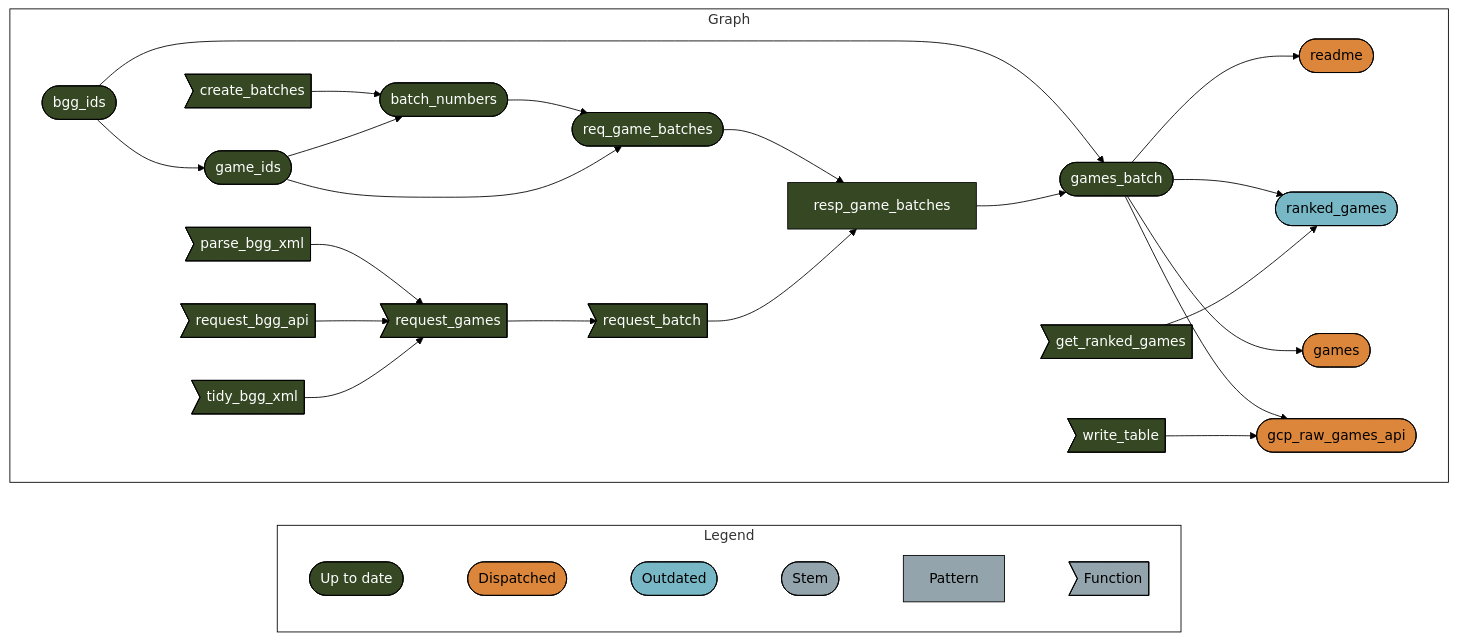
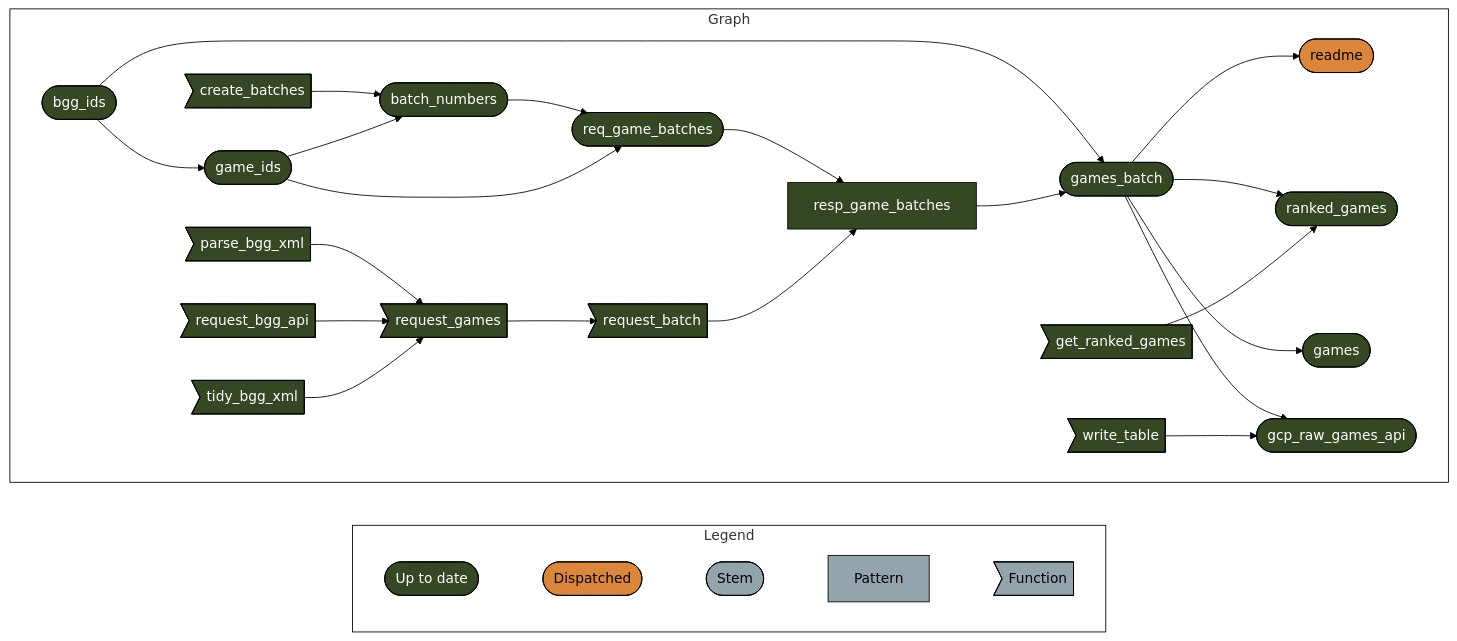
One commit to phenrickson/bgg_data changed the diagram in README.md. Above: the diagram before and after it, drawn with Mermaid (forest theme). The commit also changed other lines of this file and 1 other file, not shown here.

````diff
--- a/README.md
+++ b/README.md
@@ -21,44 +21,41 @@
 ``` mermaid
 graph LR
   style Legend fill:#FFFFFF00,stroke:#000000;
   style Graph fill:#FFFFFF00,stroke:#000000;
   subgraph Legend
     direction LR
     xf1522833a4d242c5([""Up to date""]):::uptodate --- xb6630624a7b3aa0f([""Dispatched""]):::dispatched
-    xb6630624a7b3aa0f([""Dispatched""]):::dispatched --- x2db1ec7a48f65a9b([""Outdated""]):::outdated
-    x2db1ec7a48f65a9b([""Outdated""]):::outdated --- xd03d7c7dd2ddda2b([""Stem""]):::none
+    xb6630624a7b3aa0f([""Dispatched""]):::dispatched --- xd03d7c7dd2ddda2b([""Stem""]):::none
     xd03d7c7dd2ddda2b([""Stem""]):::none --- x6f7e04ea3427f824[""Pattern""]:::none
     x6f7e04ea3427f824[""Pattern""]:::none --- xeb2d7cac8a1ce544>""Function""]:::none
   end
   subgraph Graph
     direction LR
     xf9107f40574e0688>"parse_bgg_xml"]:::uptodate --> xb7d8ed75429dd2d3>"request_games"]:::uptodate
     xfa47bc4f9b7ff9d4>"request_bgg_api"]:::uptodate --> xb7d8ed75429dd2d3>"request_games"]:::uptodate
     x7df7644c63b276a4>"tidy_bgg_xml"]:::uptodate --> xb7d8ed75429dd2d3>"request_games"]:::uptodate
     xb7d8ed75429dd2d3>"request_games"]:::uptodate --> x2fa7a9263b0c6d5b>"request_batch"]:::uptodate
     xac4cca784f3ed72c(["bgg_ids"]):::uptodate --> x9dece1c65ecb5028(["games_batch"]):::uptodate
     x52391527f3798836["resp_game_batches"]:::uptodate --> x9dece1c65ecb5028(["games_batch"]):::uptodate
     x9dece1c65ecb5028(["games_batch"]):::uptodate --> xc11069275cfeb620(["readme"]):::dispatched
     x7dbf8de746cff5f0>"create_batches"]:::uptodate --> xba75b35d0a8e6e78(["batch_numbers"]):::uptodate
     x2d4f1c2653f94fa0(["game_ids"]):::uptodate --> xba75b35d0a8e6e78(["batch_numbers"]):::uptodate
-    x9dece1c65ecb5028(["games_batch"]):::uptodate --> xbfb25272bc64f3d1(["ranked_games"]):::outdated
-    x2cf794a60330f53b>"get_ranked_games"]:::uptodate --> xbfb25272bc64f3d1(["ranked_games"]):::outdated
+    x9dece1c65ecb5028(["games_batch"]):::uptodate --> xbfb25272bc64f3d1(["ranked_games"]):::uptodate
+    x2cf794a60330f53b>"get_ranked_games"]:::uptodate --> xbfb25272bc64f3d1(["ranked_games"]):::uptodate
     xba75b35d0a8e6e78(["batch_numbers"]):::uptodate --> x3b8eb25aed2fb160(["req_game_batches"]):::uptodate
     x2d4f1c2653f94fa0(["game_ids"]):::uptodate --> x3b8eb25aed2fb160(["req_game_batches"]):::uptodate
-    x9dece1c65ecb5028(["games_batch"]):::uptodate --> x574e5c623f867900(["games"]):::dispatched
+    x9dece1c65ecb5028(["games_batch"]):::uptodate --> x574e5c623f867900(["games"]):::uptodate
     xac4cca784f3ed72c(["bgg_ids"]):::uptodate --> x2d4f1c2653f94fa0(["game_ids"]):::uptodate
-    x9dece1c65ecb5028(["games_batch"]):::uptodate --> xfee87d03ded1f217(["gcp_raw_games_api"]):::dispatched
-    x82de3cade2b2f46e>"write_table"]:::uptodate --> xfee87d03ded1f217(["gcp_raw_games_api"]):::dispatched
+    x9dece1c65ecb5028(["games_batch"]):::uptodate --> xfee87d03ded1f217(["gcp_raw_games_api"]):::uptodate
+    x82de3cade2b2f46e>"write_table"]:::uptodate --> xfee87d03ded1f217(["gcp_raw_games_api"]):::uptodate
     x3b8eb25aed2fb160(["req_game_batches"]):::uptodate --> x52391527f3798836["resp_game_batches"]:::uptodate
     x2fa7a9263b0c6d5b>"request_batch"]:::uptodate --> x52391527f3798836["resp_game_batches"]:::uptodate
   end
   classDef uptodate stroke:#000000,color:#ffffff,fill:#354823;
   classDef dispatched stroke:#000000,color:#000000,fill:#DC863B;
-  classDef outdated stroke:#000000,color:#000000,fill:#78B7C5;
   classDef none stroke:#000000,color:#000000,fill:#94a4ac;
   linkStyle 0 stroke-width:0px;
   linkStyle 1 stroke-width:0px;
   linkStyle 2 stroke-width:0px;
   linkStyle 3 stroke-width:0px;
-  linkStyle 4 stroke-width:0px;
 ```
````
